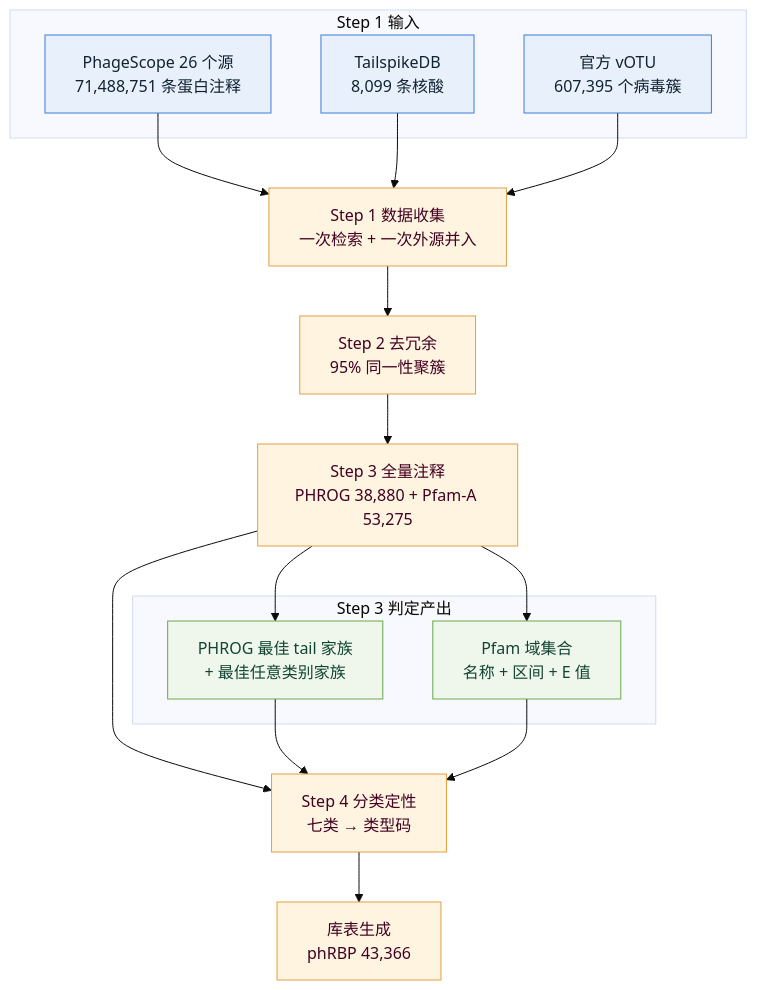
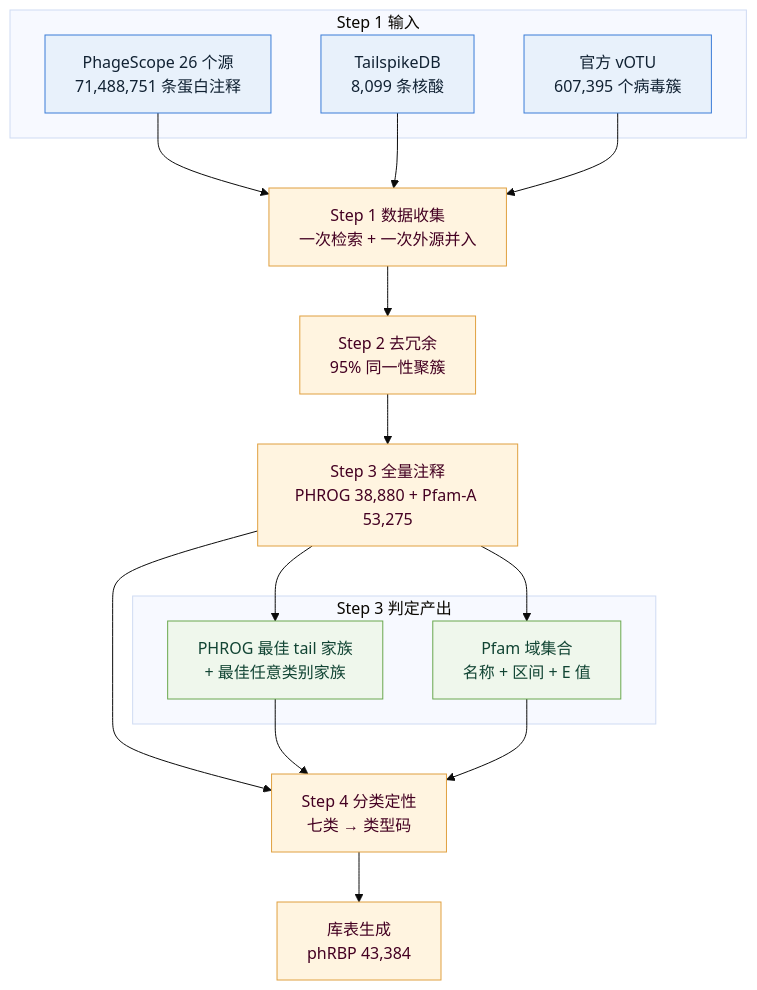
The diagram in README.md (George-nsn/Ph_RBPdb), drawn with Mermaid (base theme) before and after one commit. The commit also changed other lines of this file and 3 other files, not shown here.

````diff
--- a/README.md
+++ b/README.md
@@ -48,32 +47,32 @@
 ```mermaid
 flowchart TD
     A["Step 1 数据收集<br/>一次检索 + 一次外源并入"] --> B["Step 2 去冗余<br/>95% 同一性聚簇"]
     B --> C["Step 3 全量注释<br/>PHROG 38,880 + Pfam-A 53,275"]
     C --> D["Step 4 分类定性<br/>七类 → 类型码"]
-    D --> E["库表生成<br/>phRBP 43,366"]
+    D --> E["库表生成<br/>phRBP 43,384"]
 
     subgraph S1["Step 1 输入"]
         A1["PhageScope 26 个源<br/>71,488,751 条蛋白注释"]
         A2["TailspikeDB<br/>8,099 条核酸"]
         A3["官方 vOTU<br/>607,395 个病毒簇"]
     end
     A1 --> A
     A2 --> A
     A3 --> A
 
     subgraph S3["Step 3 判定产出"]
         C1["PHROG 最佳 tail 家族<br/>+ 最佳任意类别家族"]
         C2["Pfam 域集合<br/>名称 + 区间 + E 值"]
     end
     C --> C1
     C --> C2
     C1 --> D
     C2 --> D
 
     classDef io fill:#E8F1FB,stroke:#3B7DD8,color:#123
     classDef step fill:#FFF4E0,stroke:#E0A040,color:#402
     classDef aux fill:#EFF7EC,stroke:#6AA84F,color:#143
     class A1,A2,A3 io
     class A,B,C,D,E step
     class C1,C2 aux
 ```
````
